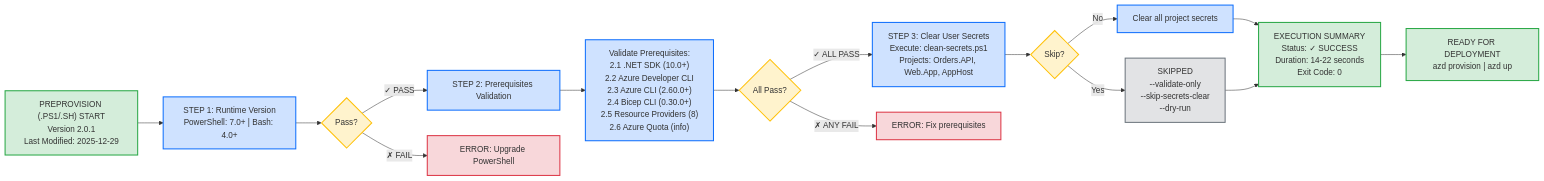
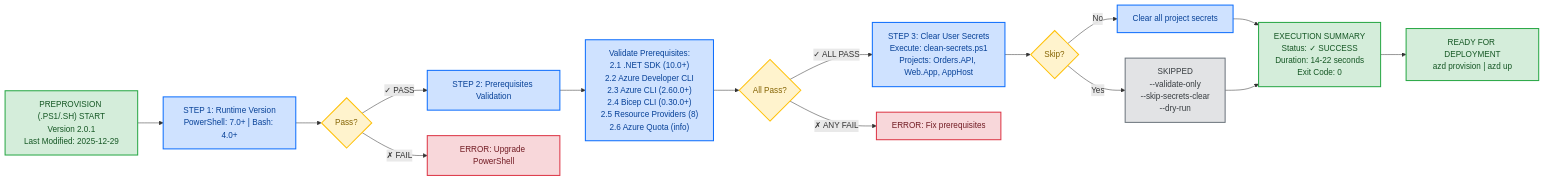
The third of 7 diagrams in docs/hooks/VALIDATION-WORKFLOW.md (Evilazaro/Azure-LogicApps-Monitoring), drawn with Mermaid before and after one commit. The commit also changed other lines of this file and 1 other file, not shown here.

Commit message:
Refactor workflow diagrams in SQL Managed Identity Configuration documentation for improved clarity and consistency in styling

````diff
--- a/docs/hooks/VALIDATION-WORKFLOW.md
+++ b/docs/hooks/VALIDATION-WORKFLOW.md
@@ -164,35 +164,35 @@
 ```mermaid
 flowchart LR
     Start["PREPROVISION (.PS1/.SH) START<br/>Version 2.0.1<br/>Last Modified: 2025-12-29"]
     Start --> Step1["STEP 1: Runtime Version<br/>PowerShell: 7.0+ | Bash: 4.0+"]
 
     Step1 --> Decision1{Pass?}
     Decision1 -->|✓ PASS| Step2["STEP 2: Prerequisites Validation"]
     Decision1 -->|✗ FAIL| Error1["ERROR: Upgrade PowerShell"]
 
     Step2 --> Prereqs["Validate Prerequisites:<br/>2.1 .NET SDK (10.0+)<br/>2.2 Azure Developer CLI<br/>2.3 Azure CLI (2.60.0+)<br/>2.4 Bicep CLI (0.30.0+)<br/>2.5 Resource Providers (8)<br/>2.6 Azure Quota (info)"]
 
     Prereqs --> Decision2{All Pass?}
     Decision2 -->|✓ ALL PASS| Step3["STEP 3: Clear User Secrets<br/>Execute: clean-secrets.ps1<br/>Projects: Orders.API, Web.App, AppHost"]
     Decision2 -->|✗ ANY FAIL| Error2["ERROR: Fix prerequisites"]
 
     Step3 --> Decision3{Skip?}
     Decision3 -->|No| ClearSecrets["Clear all project secrets"]
     Decision3 -->|Yes| Skip["SKIPPED<br/>--validate-only<br/>--skip-secrets-clear<br/>--dry-run"]
 
     ClearSecrets --> Summary["EXECUTION SUMMARY<br/>Status: ✓ SUCCESS<br/>Duration: 14-22 seconds<br/>Exit Code: 0"]
     Skip --> Summary
     Summary --> Ready["READY FOR DEPLOYMENT<br/>azd provision | azd up"]
 
-    classDef successClass fill:#d4edda,stroke:#28a745,stroke-width:2px
-    classDef errorClass fill:#f8d7da,stroke:#dc3545,stroke-width:2px
-    classDef processClass fill:#cfe2ff,stroke:#0d6efd,stroke-width:2px
-    classDef decisionClass fill:#fff3cd,stroke:#ffc107,stroke-width:2px
-    classDef skipClass fill:#e2e3e5,stroke:#6c757d,stroke-width:2px
+    classDef successClass fill:#d4edda,stroke:#28a745,stroke-width:2px,color:#155724
+    classDef errorClass fill:#f8d7da,stroke:#dc3545,stroke-width:2px,color:#721c24
+    classDef processClass fill:#cfe2ff,stroke:#0d6efd,stroke-width:2px,color:#084298
+    classDef decisionClass fill:#fff3cd,stroke:#ffc107,stroke-width:2px,color:#856404
+    classDef skipClass fill:#e2e3e5,stroke:#6c757d,stroke-width:2px,color:#383d41
 
     class Start,Summary,Ready successClass
     class Error1,Error2 errorClass
     class Step1,Step2,Prereqs,Step3,ClearSecrets processClass
     class Decision1,Decision2,Decision3 decisionClass
     class Skip skipClass
 ```
````
